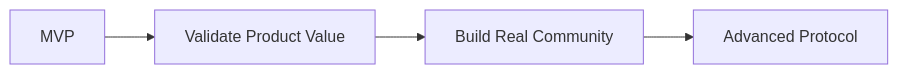
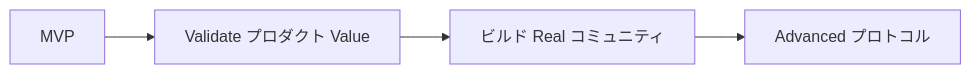
One commit to ShigeichiroYamasaki/creator-first-platform changed diagram 11 of 47 in docs/whitepaper/13-roadmap.md. Above: the diagram before and after it, drawn with Mermaid. The commit also changed other lines of this file and 72 other files, not shown here.

````diff
--- a/docs/whitepaper/13-roadmap.md
+++ b/docs/whitepaper/13-roadmap.md
@@ -341,9 +341,9 @@
 ```mermaid
 flowchart LR
     MVP[MVP]
-    VALIDATE[Validate Product Value]
-    COMMUNITY[Build Real Community]
-    ADVANCED[Advanced Protocol]
+    VALIDATE[Validate プロダクト Value]
+    COMMUNITY[ビルド Real コミュニティ]
+    ADVANCED[Advanced プロトコル]
 
     MVP --> VALIDATE --> COMMUNITY --> ADVANCED
 ```
````
